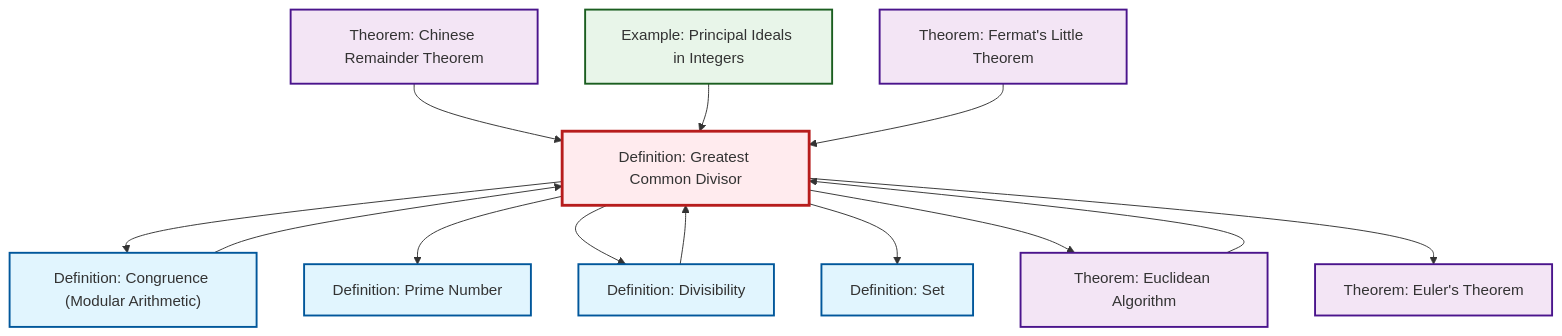
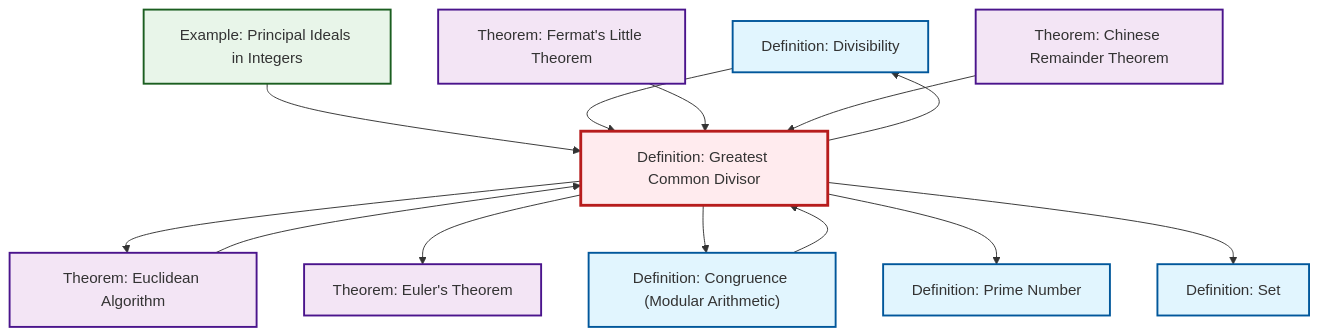
Before and after one commit to RK0429/ModernMath: the second of 2 diagrams in content/ja/number-theory/def-gcd.qmd, drawn with Mermaid. The commit also changed other lines of this file and 581 other files, not shown here.

````diff
--- a/content/ja/number-theory/def-gcd.qmd
+++ b/content/ja/number-theory/def-gcd.qmd
@@ -86,41 +86,41 @@
 ```{mermaid}
 %%| fig-cap: "Local dependency graph"
 graph TD
     classDef definition fill:#e1f5fe,stroke:#01579b,stroke-width:2px
     classDef theorem fill:#f3e5f5,stroke:#4a148c,stroke-width:2px
     classDef axiom fill:#fff3e0,stroke:#e65100,stroke-width:2px
     classDef example fill:#e8f5e9,stroke:#1b5e20,stroke-width:2px
     classDef current fill:#ffebee,stroke:#b71c1c,stroke-width:3px
+    def-divisibility["Definition: Divisibility"]:::definition
+    thm-euclidean-algorithm["Theorem: Euclidean Algorithm"]:::theorem
+    thm-chinese-remainder["Theorem: Chinese Remainder Theorem"]:::theorem
     def-prime["Definition: Prime Number"]:::definition
+    def-congruence["Definition: Congruence (Modular Arithmetic)"]:::definition
+    thm-euler["Theorem: Euler's Theorem"]:::theorem
     ex-principal-ideal["Example: Principal Ideals in Integers"]:::example
-    thm-chinese-remainder["Theorem: Chinese Remainder Theorem"]:::theorem
-    def-divisibility["Definition: Divisibility"]:::definition
-    thm-euler["Theorem: Euler's Theorem"]:::theorem
+    def-gcd["Definition: Greatest Common Divisor"]:::definition
     def-set["Definition: Set"]:::definition
     thm-fermat-little["Theorem: Fermat's Little Theorem"]:::theorem
-    def-congruence["Definition: Congruence (Modular Arithmetic)"]:::definition
-    thm-euclidean-algorithm["Theorem: Euclidean Algorithm"]:::theorem
-    def-gcd["Definition: Greatest Common Divisor"]:::definition
-    thm-chinese-remainder --> def-gcd
+    def-gcd --> thm-euclidean-algorithm
+    def-gcd --> thm-euler
+    ex-principal-ideal --> def-gcd
     def-gcd --> def-congruence
-    ex-principal-ideal --> def-gcd
+    thm-euclidean-algorithm --> def-gcd
+    def-divisibility --> def-gcd
+    thm-fermat-little --> def-gcd
     def-gcd --> def-prime
     def-gcd --> def-divisibility
-    def-divisibility --> def-gcd
+    thm-chinese-remainder --> def-gcd
     def-gcd --> def-set
     def-congruence --> def-gcd
-    def-gcd --> thm-euclidean-algorithm
-    thm-euclidean-algorithm --> def-gcd
-    def-gcd --> thm-euler
-    thm-fermat-little --> def-gcd
     class def-gcd current
+    click def-divisibility "def-divisibility.html" "Definition: Divisibilityへ"
+    click thm-euclidean-algorithm "thm-euclidean-algorithm.html" "Theorem: Euclidean Algorithmへ"
+    click thm-chinese-remainder "thm-chinese-remainder.html" "Theorem: Chinese Remainder Theoremへ"
     click def-prime "def-prime.html" "Definition: Prime Numberへ"
+    click def-congruence "def-congruence.html" "Definition: Congruence (Modular Arithmetic)へ"
+    click thm-euler "thm-euler.html" "Theorem: Euler's Theoremへ"
     click ex-principal-ideal "ex-principal-ideal.html" "Example: Principal Ideals in Integersへ"
-    click thm-chinese-remainder "thm-chinese-remainder.html" "Theorem: Chinese Remainder Theoremへ"
-    click def-divisibility "def-divisibility.html" "Definition: Divisibilityへ"
-    click thm-euler "thm-euler.html" "Theorem: Euler's Theoremへ"
     click def-set "def-set.html" "Definition: Setへ"
     click thm-fermat-little "thm-fermat-little.html" "Theorem: Fermat's Little Theoremへ"
-    click def-congruence "def-congruence.html" "Definition: Congruence (Modular Arithmetic)へ"
-    click thm-euclidean-algorithm "thm-euclidean-algorithm.html" "Theorem: Euclidean Algorithmへ"
 ```
````
